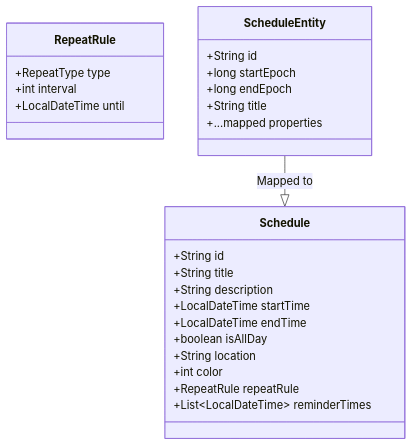
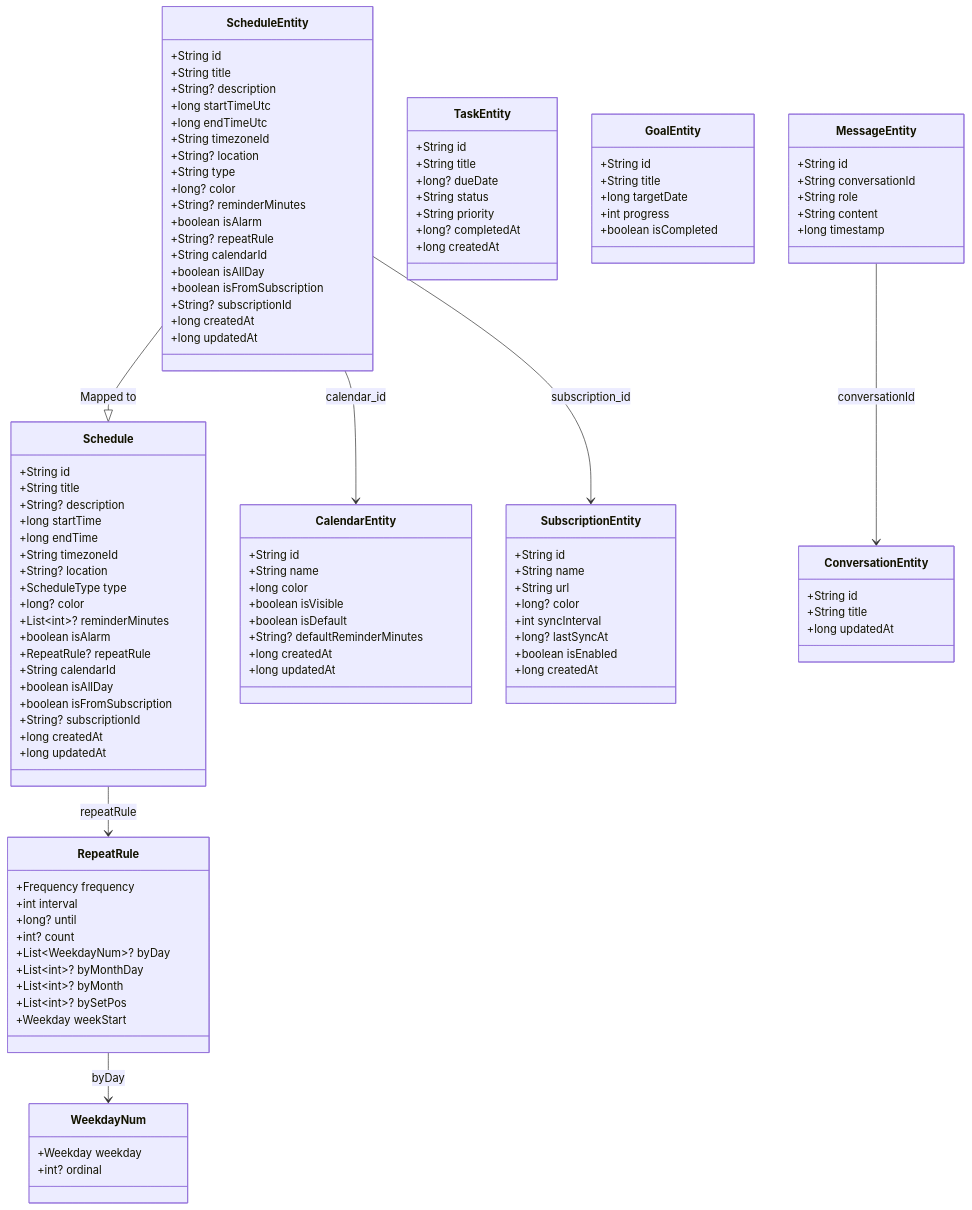
One commit to Owl23007/synapse-android changed the sixth of 8 diagrams in docs/PRODUCT_REPORT.md. Above: the diagram before and after it, drawn with Mermaid. The commit also changed other lines of this file and 1 other file, not shown here.

````diff
--- a/docs/PRODUCT_REPORT.md
+++ b/docs/PRODUCT_REPORT.md
@@ -290,31 +666,122 @@
 ```mermaid
 classDiagram
-    class Schedule {
-        +String id
-        +String title
-        +String description
-        +LocalDateTime startTime
-        +LocalDateTime endTime
-        +boolean isAllDay
-        +String location
-        +int color
-        +RepeatRule repeatRule
-        +List~LocalDateTime~ reminderTimes
-    }
+  class Schedule {
+    +String id
+    +String title
+    +String? description
+    +long startTime
+    +long endTime
+    +String timezoneId
+    +String? location
+    +ScheduleType type
+    +long? color
+    +List~int~? reminderMinutes
+    +boolean isAlarm
+    +RepeatRule? repeatRule
+    +String calendarId
+    +boolean isAllDay
+    +boolean isFromSubscription
+    +String? subscriptionId
+    +long createdAt
+    +long updatedAt
+  }
 
-    class RepeatRule {
-        +RepeatType type
-        +int interval
-        +LocalDateTime until
-    }
+  class RepeatRule {
+    +Frequency frequency
+    +int interval
+    +long? until
+    +int? count
+    +List~WeekdayNum~? byDay
+    +List~int~? byMonthDay
+    +List~int~? byMonth
+    +List~int~? bySetPos
+    +Weekday weekStart
+  }
 
-    class ScheduleEntity {
-        +String id
-        +long startEpoch
-        +long endEpoch
-        +String title
-        +...mapped properties
-    }
+  class WeekdayNum {
+    +Weekday weekday
+    +int? ordinal
+  }
 
-    ScheduleEntity --|> Schedule : Mapped to
+  class ScheduleEntity {
+    +String id
+    +String title
+    +String? description
+    +long startTimeUtc
+    +long endTimeUtc
+    +String timezoneId
+    +String? location
+    +String type
+    +long? color
+    +String? reminderMinutes
+    +boolean isAlarm
+    +String? repeatRule
+    +String calendarId
+    +boolean isAllDay
+    +boolean isFromSubscription
+    +String? subscriptionId
+    +long createdAt
+    +long updatedAt
+  }
+
+  class CalendarEntity {
+    +String id
+    +String name
+    +long color
+    +boolean isVisible
+    +boolean isDefault
+    +String? defaultReminderMinutes
+    +long createdAt
+    +long updatedAt
+  }
+
+  class SubscriptionEntity {
+    +String id
+    +String name
+    +String url
+    +long? color
+    +int syncInterval
+    +long? lastSyncAt
+    +boolean isEnabled
+    +long createdAt
+  }
+
+  class TaskEntity {
+    +String id
+    +String title
+    +long? dueDate
+    +String status
+    +String priority
+    +long? completedAt
+    +long createdAt
+  }
+
+  class GoalEntity {
+    +String id
+    +String title
+    +long targetDate
+    +int progress
+    +boolean isCompleted
+  }
+
+  class ConversationEntity {
+    +String id
+    +String title
+    +long updatedAt
+  }
+
+  class MessageEntity {
+    +String id
+    +String conversationId
+    +String role
+    +String content
+    +long timestamp
+  }
+
+  ScheduleEntity --|> Schedule : Mapped to
+  Schedule --> RepeatRule : repeatRule
+  RepeatRule --> WeekdayNum : byDay
+  ScheduleEntity --> CalendarEntity : calendar_id
+  ScheduleEntity --> SubscriptionEntity : subscription_id
+  MessageEntity --> ConversationEntity : conversationId
 ```
````
